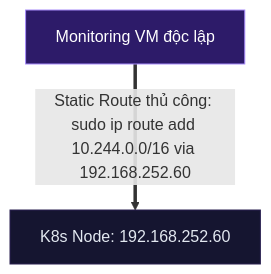
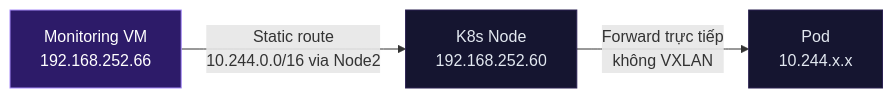
Before and after one commit to thangphan205/network-thuc-chien: the second of 2 diagrams in kubernetes-networking/k8s-lab/tap-19-lab-2/lab-guide.md, drawn with Mermaid. The commit also changed other lines of this file, not shown here.

Commit message:
update mermaid

````diff
--- a/kubernetes-networking/k8s-lab/tap-19-lab-2/lab-guide.md
+++ b/kubernetes-networking/k8s-lab/tap-19-lab-2/lab-guide.md
@@ -20,9 +28,12 @@
 ```mermaid
-graph TD
-  Node2[K8s Node: 192.168.252.60]
-  ExtVM[Monitoring VM độc lập]
-  ExtVM == Static Route thủ công: sudo ip route add 10.244.0.0/16 via 192.168.252.60 ==> Node2
-  
+graph LR
+  ExtVM["Monitoring VM\n192.168.252.66"]
+  Node2["K8s Node\n192.168.252.60"]
+  Pod["Pod\n10.244.x.x"]
+
+  ExtVM -->|"Static route\n10.244.0.0/16 via Node2"| Node2
+  Node2 -->|"Forward trực tiếp\nkhông VXLAN"| Pod
+
   classDef default fill:#151530,stroke:#2a2050,color:#e2e8f0;
   style ExtVM fill:#2d1b69,stroke:#a78bfa,color:#fff;
 ```
````
